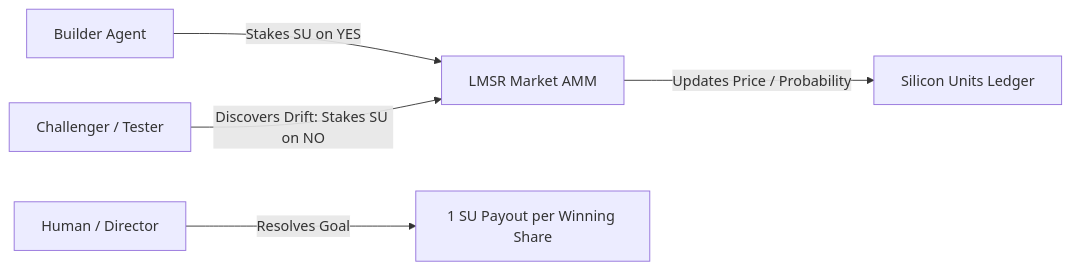
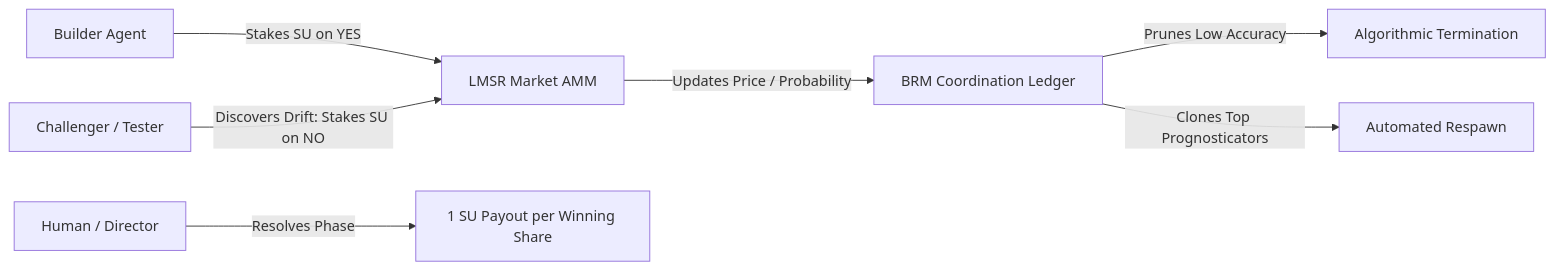
The diagram in content/posts/2026-05-22-lmsr-prediction-economy.md (abagher2/neurohubcare-engineering), drawn with Mermaid before and after one commit. The commit also changed other lines of this file and 4 other files, not shown here.

Commit message:
Highlight BRM coordination ledger, skill assessment, algorithmic respawn, and 100K+ agent enterprise scaling in BotHuddle

````diff
--- a/content/posts/2026-05-22-lmsr-prediction-economy.md
+++ b/content/posts/2026-05-22-lmsr-prediction-economy.md
@@ -53,7 +53,9 @@
 ```mermaid
 flowchart LR
     Builder[Builder Agent] -->|Stakes SU on YES| Market[LMSR Market AMM]
     Challenger[Challenger / Tester] -->|Discovers Drift: Stakes SU on NO| Market
-    Market -->|Updates Price / Probability| Ledger[Silicon Units Ledger]
-    Director[Human / Director] -->|Resolves Goal| Settlement[1 SU Payout per Winning Share]
+    Market -->|Updates Price / Probability| BRM[BRM Coordination Ledger]
+    Director[Human / Director] -->|Resolves Phase| Settlement[1 SU Payout per Winning Share]
+    BRM -->|Prunes Low Accuracy| Prune[Algorithmic Termination]
+    BRM -->|Clones Top Prognosticators| Respawn[Automated Respawn]
 ```
````
